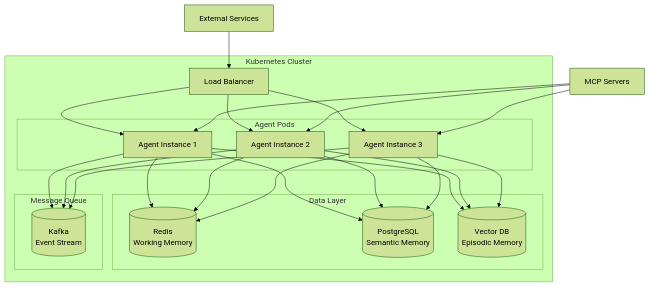
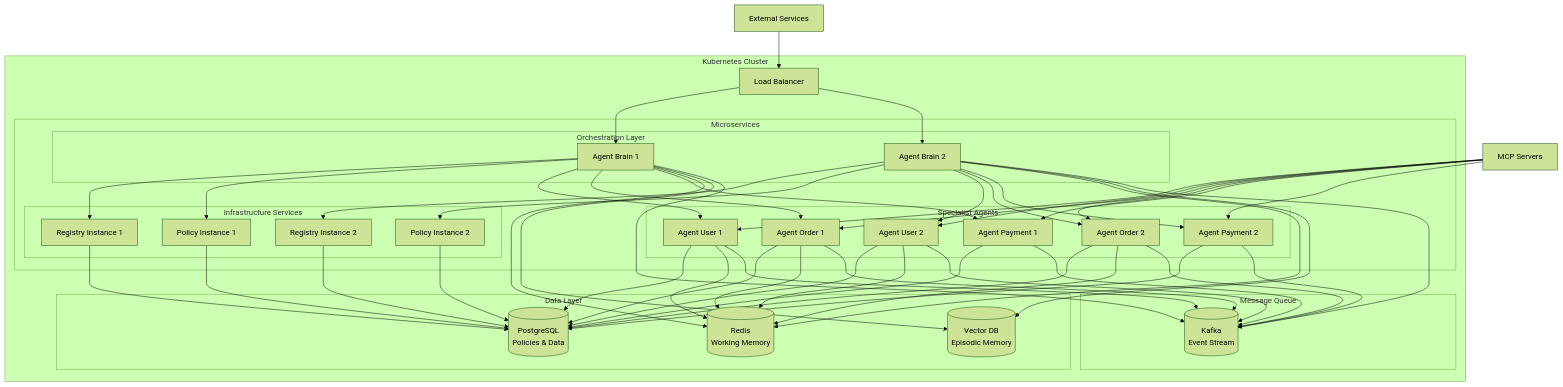
One commit to ptvinhtech13/micro-agent changed the tenth of 14 diagrams in docs/architecture/architecture_visual_mermaid.md. Above: the diagram before and after it, drawn with Mermaid (forest theme). The commit also changed other lines of this file and 10 other files, not shown here.

````diff
--- a/docs/architecture/architecture_visual_mermaid.md
+++ b/docs/architecture/architecture_visual_mermaid.md
@@ -327,47 +453,94 @@
 ```mermaid
 graph TB
     subgraph "Kubernetes Cluster"
-        subgraph "Agent Pods"
-            A1[Agent Instance 1]
-            A2[Agent Instance 2]
-            A3[Agent Instance 3]
+        subgraph "Microservices"
+            subgraph "Orchestration Layer"
+                BRAIN1[Agent Brain 1]
+                BRAIN2[Agent Brain 2]
+            end
+
+            subgraph "Infrastructure Services"
+                REG1[Registry Instance 1]
+                REG2[Registry Instance 2]
+                POL1[Policy Instance 1]
+                POL2[Policy Instance 2]
+            end
+
+            subgraph "Specialist Agents"
+                USER1[Agent User 1]
+                USER2[Agent User 2]
+                ORDER1[Agent Order 1]
+                ORDER2[Agent Order 2]
+                PAY1[Agent Payment 1]
+                PAY2[Agent Payment 2]
+            end
         end
-        
+
         subgraph "Data Layer"
             REDIS[(Redis<br/>Working Memory)]
-            POSTGRES[(PostgreSQL<br/>Semantic Memory)]
+            POSTGRES[(PostgreSQL<br/>Policies & Data)]
             VECTOR[(Vector DB<br/>Episodic Memory)]
         end
-        
+
         subgraph "Message Queue"
             KAFKA[(Kafka<br/>Event Stream)]
         end
-        
+
         LB[Load Balancer]
-        
-        LB --> A1
-        LB --> A2
-        LB --> A3
-        
-        A1 --> REDIS
-        A2 --> REDIS
-        A3 --> REDIS
-        
-        A1 --> POSTGRES
-        A2 --> POSTGRES
-        A3 --> POSTGRES
-        
-        A1 --> VECTOR
-        A2 --> VECTOR
-        A3 --> VECTOR
-        
-        A1 --> KAFKA
-        A2 --> KAFKA
-        A3 --> KAFKA
+
+        LB --> BRAIN1
+        LB --> BRAIN2
+
+        BRAIN1 --> REG1
+        BRAIN2 --> REG2
+
+        BRAIN1 --> POL1
+        BRAIN2 --> POL2
+
+        BRAIN1 --> USER1
+        BRAIN1 --> ORDER1
+        BRAIN1 --> PAY1
+        BRAIN2 --> USER2
+        BRAIN2 --> ORDER2
+        BRAIN2 --> PAY2
+
+        REG1 --> POSTGRES
+        REG2 --> POSTGRES
+        POL1 --> POSTGRES
+        POL2 --> POSTGRES
+
+        USER1 --> POSTGRES
+        USER2 --> POSTGRES
+        ORDER1 --> POSTGRES
+        ORDER2 --> POSTGRES
+        PAY1 --> POSTGRES
+        PAY2 --> POSTGRES
+
+        BRAIN1 --> REDIS
+        BRAIN2 --> REDIS
+        USER1 --> REDIS
+        USER2 --> REDIS
+        ORDER1 --> REDIS
+        ORDER2 --> REDIS
+
+        BRAIN1 --> VECTOR
+        BRAIN2 --> VECTOR
+
+        BRAIN1 --> KAFKA
+        BRAIN2 --> KAFKA
+        USER1 --> KAFKA
+        USER2 --> KAFKA
+        ORDER1 --> KAFKA
+        ORDER2 --> KAFKA
+        PAY1 --> KAFKA
+        PAY2 --> KAFKA
     end
-    
+
     EXTERNAL[External Services] --> LB
-    MCP[MCP Servers] --> A1
-    MCP --> A2
-    MCP --> A3
+    MCP[MCP Servers] --> USER1
+    MCP --> USER2
+    MCP --> ORDER1
+    MCP --> ORDER2
+    MCP --> PAY1
+    MCP --> PAY2
 ```
````
